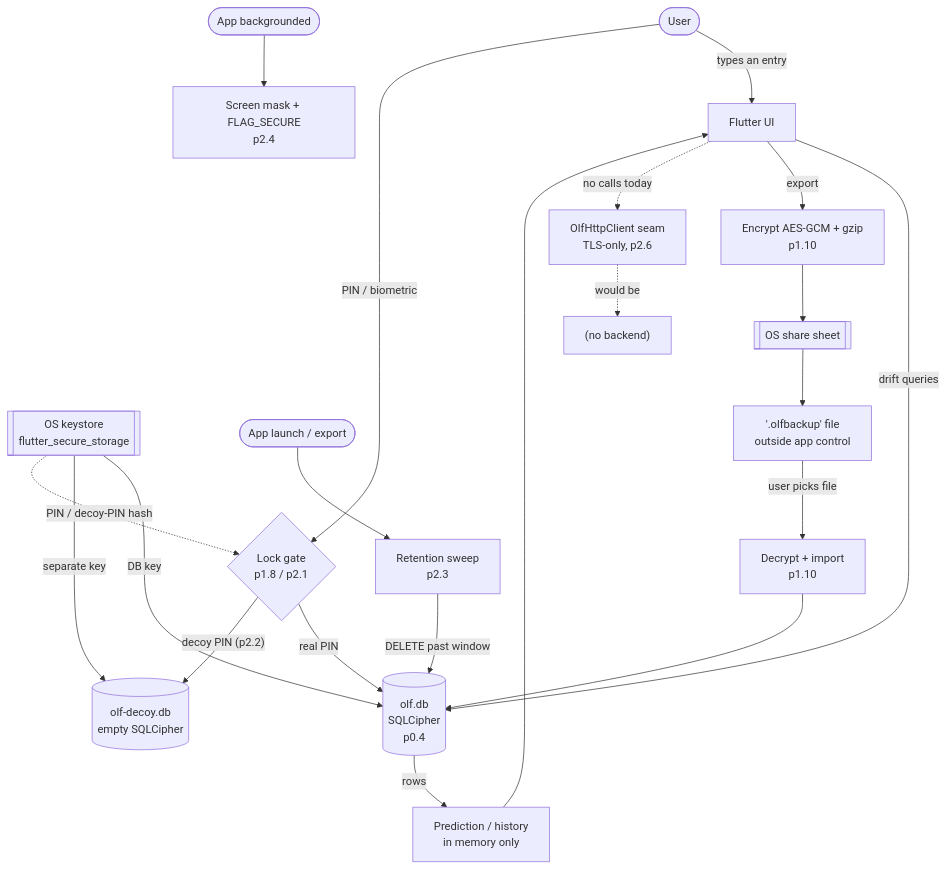
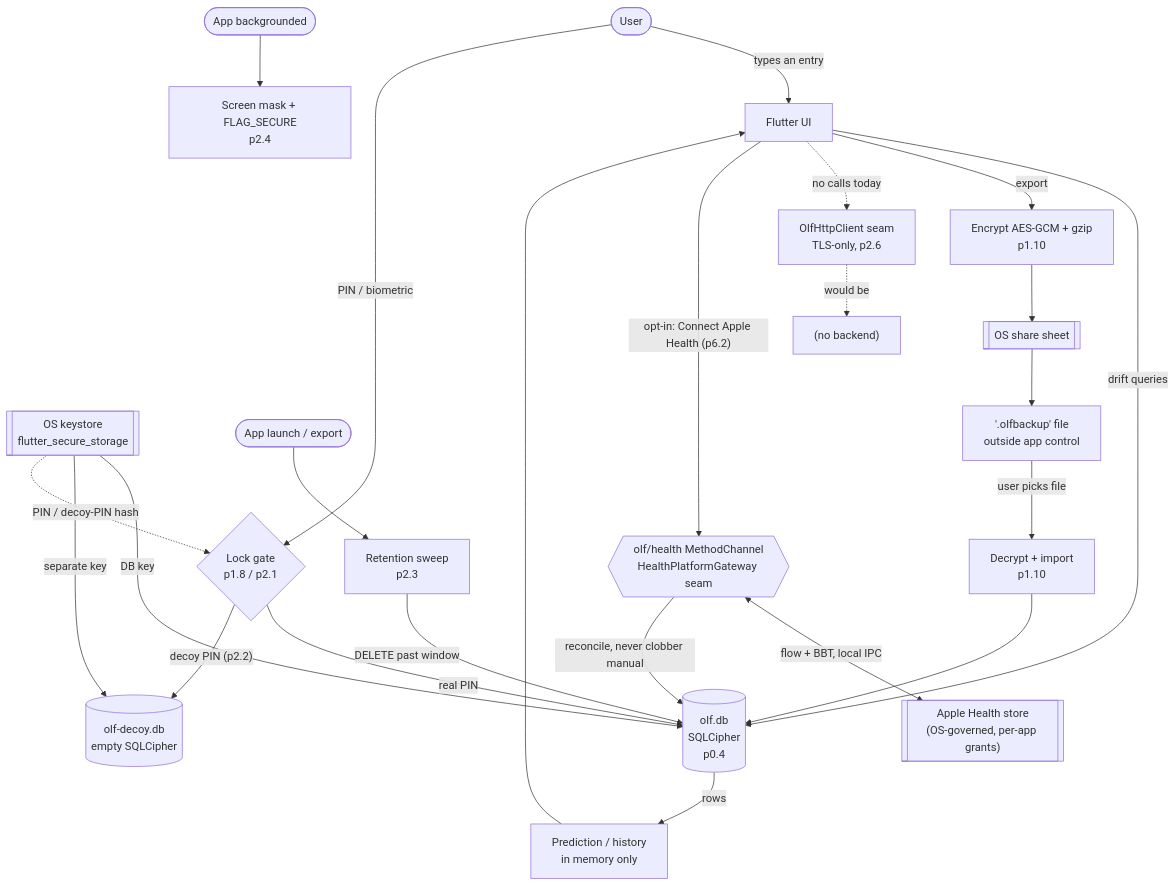
One commit to Abbo0dio/olf changed the diagram in docs/threat-model.md. Above: the diagram before and after it, drawn with Mermaid. The commit also changed other lines of this file and 27 other files, not shown here.

First line of the commit message:
p6.2 — Apple HealthKit gateway (iOS) (#66)

````diff
--- a/docs/threat-model.md
+++ b/docs/threat-model.md
@@ -84,28 +95,32 @@
 ```mermaid
 flowchart TD
     User([User]) -->|types an entry| UI[Flutter UI]
     User -->|PIN / biometric| Gate{"Lock gate<br/>p1.8 / p2.1"}
     Gate -->|real PIN| RealVault[("olf.db<br/>SQLCipher<br/>p0.4")]
     Gate -->|"decoy PIN (p2.2)"| DecoyVault[("olf-decoy.db<br/>empty SQLCipher")]
 
     KS[["OS keystore<br/>flutter_secure_storage"]] -->|DB key| RealVault
     KS -->|separate key| DecoyVault
     KS -.->|PIN / decoy-PIN hash| Gate
 
     UI -->|drift queries| RealVault
     RealVault -->|rows| Derive["Prediction / history<br/>in memory only"]
     Derive --> UI
 
     Launch([App launch / export]) --> Sweep["Retention sweep<br/>p2.3"]
     Sweep -->|DELETE past window| RealVault
 
     UI -->|export| Enc["Encrypt AES-GCM + gzip<br/>p1.10"]
     Enc --> Save[[OS share sheet]]
     Save --> Outside["'.olfbackup' file<br/>outside app control"]
     Outside -->|user picks file| Dec["Decrypt + import<br/>p1.10"] --> RealVault
 
     Lifecycle([App backgrounded]) --> Mask["Screen mask + FLAG_SECURE<br/>p2.4"]
 
     UI -.->|no calls today| Net["OlfHttpClient seam<br/>TLS-only, p2.6"]
     Net -.->|would be| NoBackend["(no backend)"]
+
+    UI -->|"opt-in: Connect Apple Health (p6.2)"| HKBridge{{"olf/health MethodChannel<br/>HealthPlatformGateway seam"}}
+    HKBridge <-->|"flow + BBT, local IPC"| HealthStore[["Apple Health store<br/>(OS-governed, per-app grants)"]]
+    HKBridge -->|"reconcile, never clobber manual"| RealVault
 ```
````
